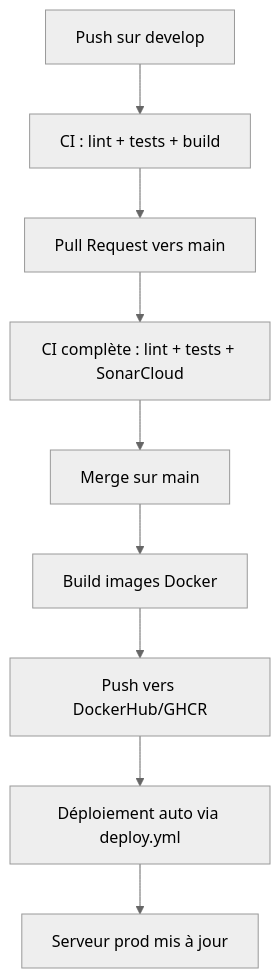
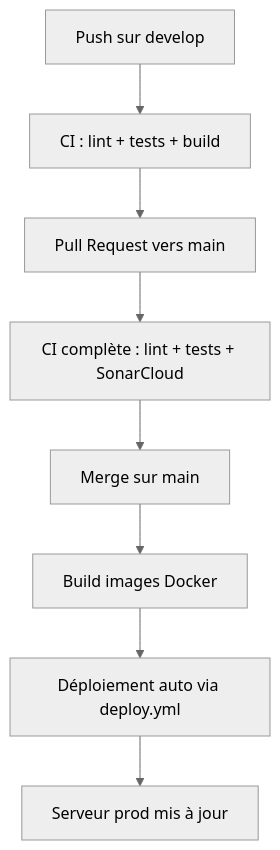
One commit to su-apt-install-wayz/lorem_news changed the diagram in README.md. Above: the diagram before and after it, drawn with Mermaid (neutral theme). The commit also changed other lines of this file, not shown here.

````diff
--- a/README.md
+++ b/README.md
@@ -209,11 +209,10 @@
 ```mermaid
 flowchart TD
     A[Push sur develop] --> B[CI : lint + tests + build]
     B --> C[Pull Request vers main]
     C --> D[CI complète : lint + tests + SonarCloud]
     D --> E[Merge sur main]
     E --> F[Build images Docker]
-    F --> G[Push vers DockerHub/GHCR]
-    G --> H[Déploiement auto via deploy.yml]
-    H --> I[Serveur prod mis à jour]
+    F --> G[Déploiement auto via deploy.yml]
+    G --> H[Serveur prod mis à jour]
 ```
````
